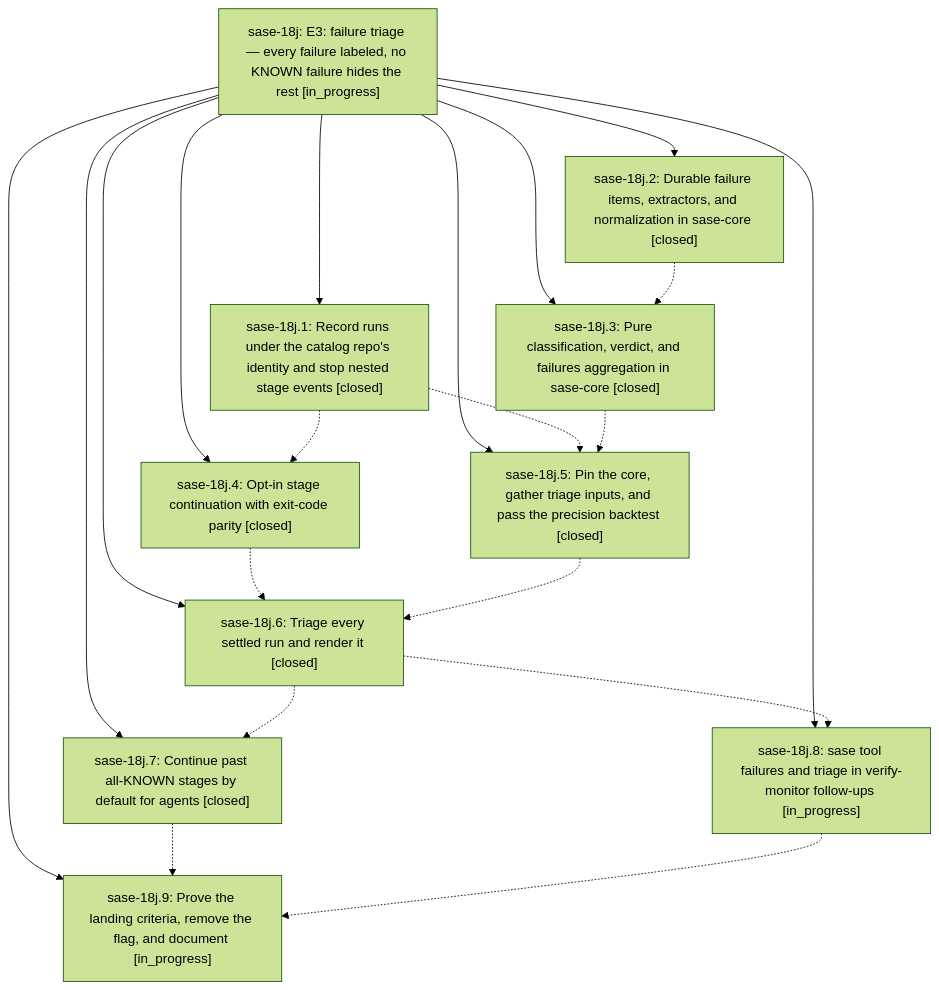
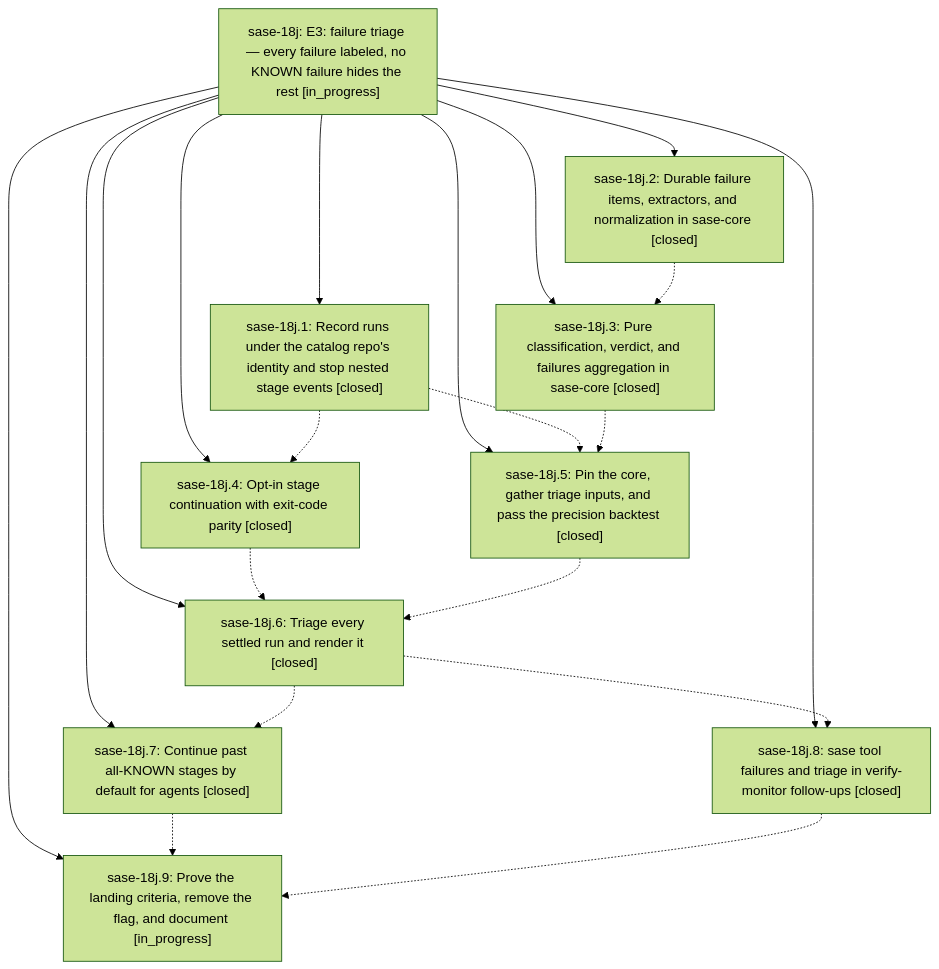
Before and after one commit to sase-org/sase--beads: the diagram in pages/sase-18j/README.md, drawn with Mermaid (forest theme). The commit also changed other lines of this file and 4 other files, not shown here.

````diff
--- a/pages/sase-18j/README.md
+++ b/pages/sase-18j/README.md
@@ -42,32 +42,32 @@
 ```mermaid
 flowchart TD
     n0["sase-18j: E3: failure triage — every failure labeled, no KNOWN failure hides the rest [in_progress]"]
     n1["sase-18j.1: Record runs under the catalog repo's identity and stop nested stage events [closed]"]
     n2["sase-18j.2: Durable failure items, extractors, and normalization in sase-core [closed]"]
     n3["sase-18j.3: Pure classification, verdict, and failures aggregation in sase-core [closed]"]
     n4["sase-18j.4: Opt-in stage continuation with exit-code parity [closed]"]
     n5["sase-18j.5: Pin the core, gather triage inputs, and pass the precision backtest [closed]"]
     n6["sase-18j.6: Triage every settled run and render it [closed]"]
     n7["sase-18j.7: Continue past all-KNOWN stages by default for agents [closed]"]
-    n8["sase-18j.8: sase tool failures and triage in verify-monitor follow-ups [in_progress]"]
+    n8["sase-18j.8: sase tool failures and triage in verify-monitor follow-ups [closed]"]
     n9["sase-18j.9: Prove the landing criteria, remove the flag, and document [in_progress]"]
     n0 --> n1
     n0 --> n2
     n0 --> n3
     n0 --> n4
     n0 --> n5
     n0 --> n6
     n0 --> n7
     n0 --> n8
     n0 --> n9
     n1 -.-> n4
     n1 -.-> n5
     n2 -.-> n3
     n3 -.-> n5
     n4 -.-> n6
     n5 -.-> n6
     n6 -.-> n7
     n6 -.-> n8
     n7 -.-> n9
     n8 -.-> n9
 ```
````
